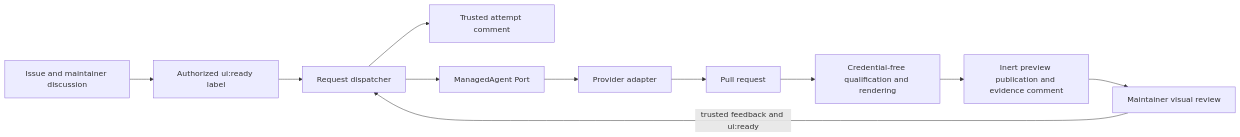
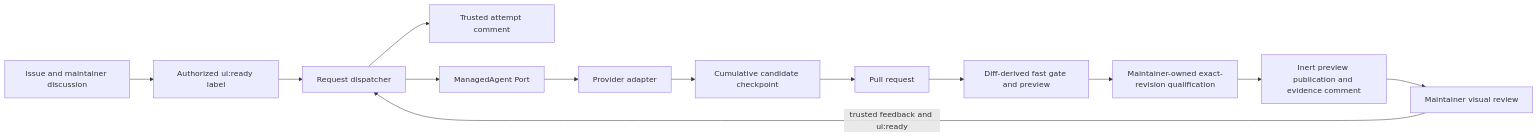
One commit to astrale-os/ui changed the diagram in request/.spec/architecture.md. Above: the diagram before and after it, drawn with Mermaid. The commit also changed other lines of this file and 41 other files, not shown here.

````diff
--- a/request/.spec/architecture.md
+++ b/request/.spec/architecture.md
@@ -11,13 +11,15 @@
 ```mermaid
 flowchart LR
   I[Issue and maintainer discussion] --> L[Authorized ui:ready label]
   L --> D[Request dispatcher]
   D --> S[Trusted attempt comment]
   D --> A[ManagedAgent Port]
   A --> P[Provider adapter]
-  P --> R[Pull request]
-  R --> Q[Credential-free qualification and rendering]
+  P --> C[Cumulative candidate checkpoint]
+  C --> R[Pull request]
+  R --> F[Diff-derived fast gate and preview]
+  F --> Q[Maintainer-owned exact-revision qualification]
   Q --> E[Inert preview publication and evidence comment]
   E --> V[Maintainer visual review]
   V -->|trusted feedback and ui:ready| D
 ```
````
